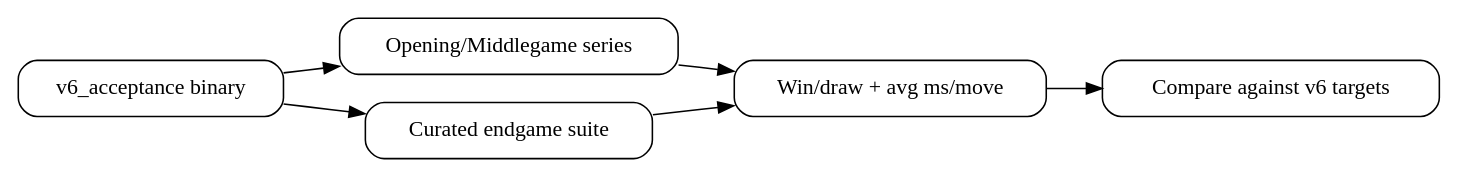
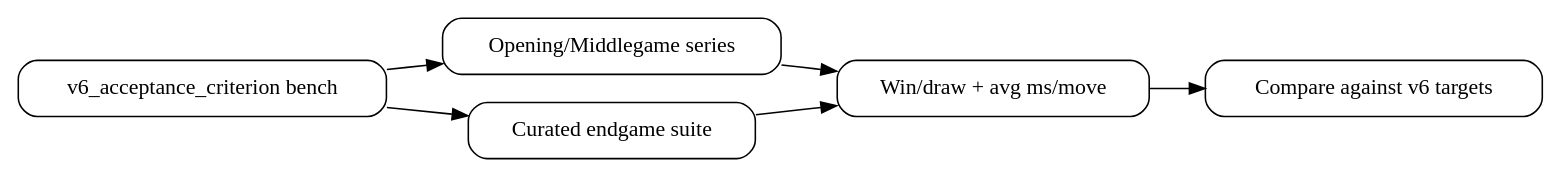
The second of 2 diagrams in docs/end_game_optimization.md (jwkunz/plum_chess), drawn with Graphviz before and after one commit. The commit also changed other lines of this file and 9 other files, not shown here.

````diff
--- a/docs/end_game_optimization.md
+++ b/docs/end_game_optimization.md
@@ -147,18 +147,18 @@
 ```dot
 digraph v6_measurement {
   rankdir=LR;
   node [shape=box, style=rounded];
 
-  runner [label="v6_acceptance binary"];
+  runner [label="v6_acceptance_criterion bench"];
   open [label="Opening/Middlegame series"];
   end [label="Curated endgame suite"];
   stats [label="Win/draw + avg ms/move"];
   eval [label="Compare against v6 targets"];
 
   runner -> open;
   runner -> end;
   open -> stats;
   end -> stats;
   stats -> eval;
 }
 ```
````
